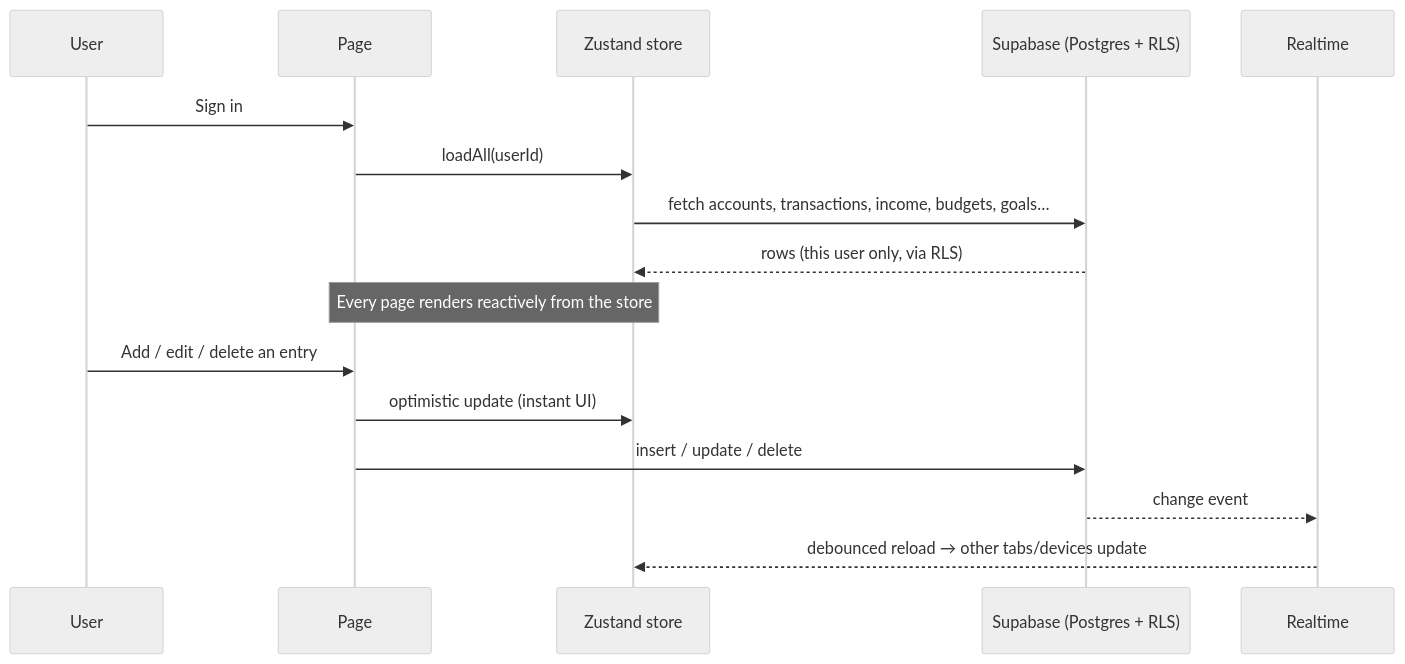
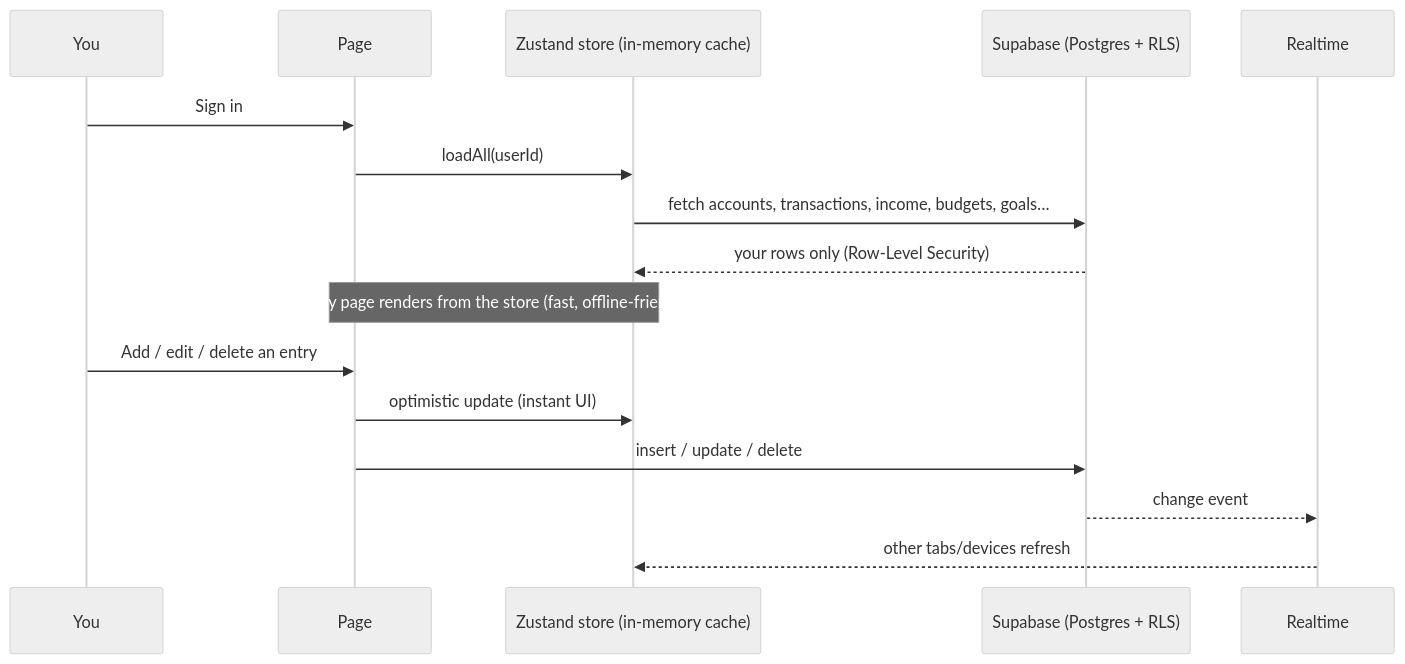
The first of 2 diagrams in README.md (nitsmee/New-Money-control-system), drawn with Mermaid (neutral theme) before and after one commit. The commit also changed other lines of this file, not shown here.

First line of the commit message:
docs: rewrite README to be beginner-friendly with a worked example

````diff
--- a/README.md
+++ b/README.md
@@ -151,20 +138,20 @@
 ```mermaid
 sequenceDiagram
-    participant U as User
+    participant U as You
     participant P as Page
-    participant S as Zustand store
+    participant S as Zustand store (in‑memory cache)
     participant DB as Supabase (Postgres + RLS)
     participant RT as Realtime
 
     U->>P: Sign in
     P->>S: loadAll(userId)
     S->>DB: fetch accounts, transactions, income, budgets, goals…
-    DB-->>S: rows (this user only, via RLS)
-    Note over S,P: Every page renders reactively from the store
+    DB-->>S: your rows only (Row‑Level Security)
+    Note over S,P: Every page renders from the store (fast, offline‑friendly)
 
     U->>P: Add / edit / delete an entry
     P->>S: optimistic update (instant UI)
     P->>DB: insert / update / delete
     DB-->>RT: change event
-    RT-->>S: debounced reload → other tabs/devices update
+    RT-->>S: other tabs/devices refresh
 ```
````
